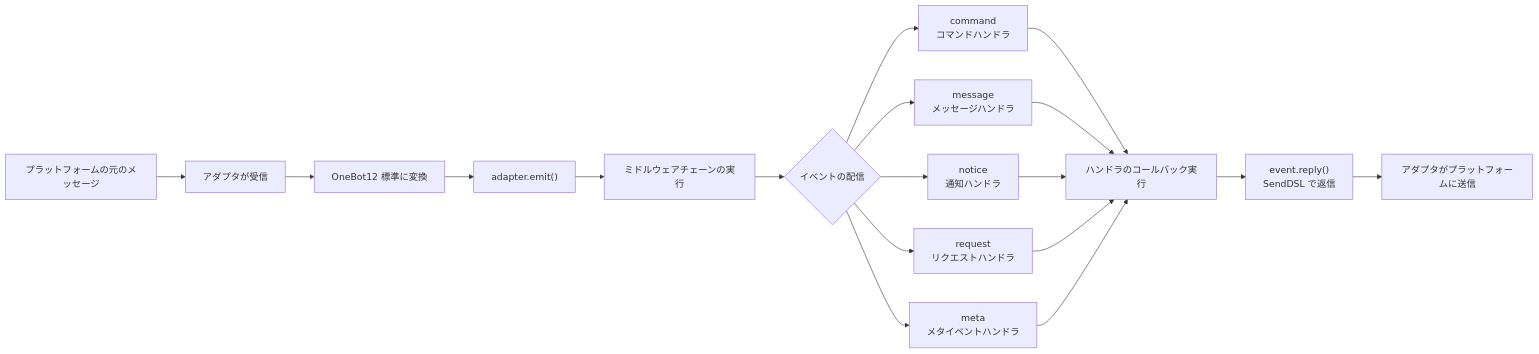
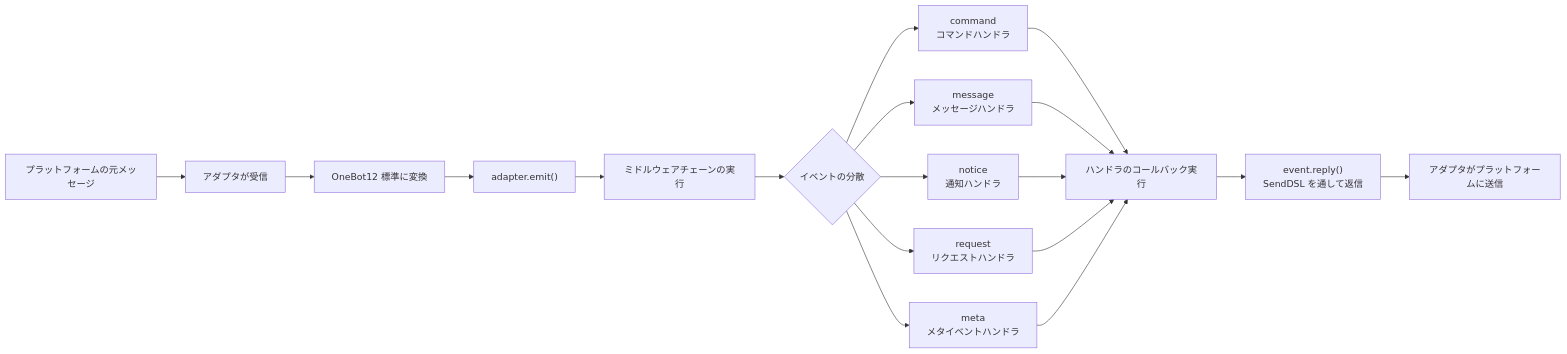
One commit to ErisPulse/ErisPulse changed the third of 9 diagrams in docs/ja/architecture.md. Above: the diagram before and after it, drawn with Mermaid. The commit also changed other lines of this file and 622 other files, not shown here.

````diff
--- a/docs/ja/architecture.md
+++ b/docs/ja/architecture.md
@@ -90,16 +88,16 @@
 ```mermaid
 flowchart LR
-    A["プラットフォームの元のメッセージ"] --> B["アダプタが受信"]
+    A["プラットフォームの元メッセージ"] --> B["アダプタが受信"]
     B --> C["OneBot12 標準に変換"]
     C --> D["adapter.emit()"]
     D --> E["ミドルウェアチェーンの実行"]
-    E --> F{"イベントの配信"}
+    E --> F{"イベントの分散"}
     F --> G1["command<br/>コマンドハンドラ"]
     F --> G2["message<br/>メッセージハンドラ"]
     F --> G3["notice<br/>通知ハンドラ"]
     F --> G4["request<br/>リクエストハンドラ"]
     F --> G5["meta<br/>メタイベントハンドラ"]
     G1 & G2 & G3 & G4 & G5 --> H["ハンドラのコールバック実行"]
-    H --> I["event.reply()<br/>SendDSL で返信"]
+    H --> I["event.reply()<br/>SendDSL を通して返信"]
     I --> J["アダプタがプラットフォームに送信"]
 ```
````
